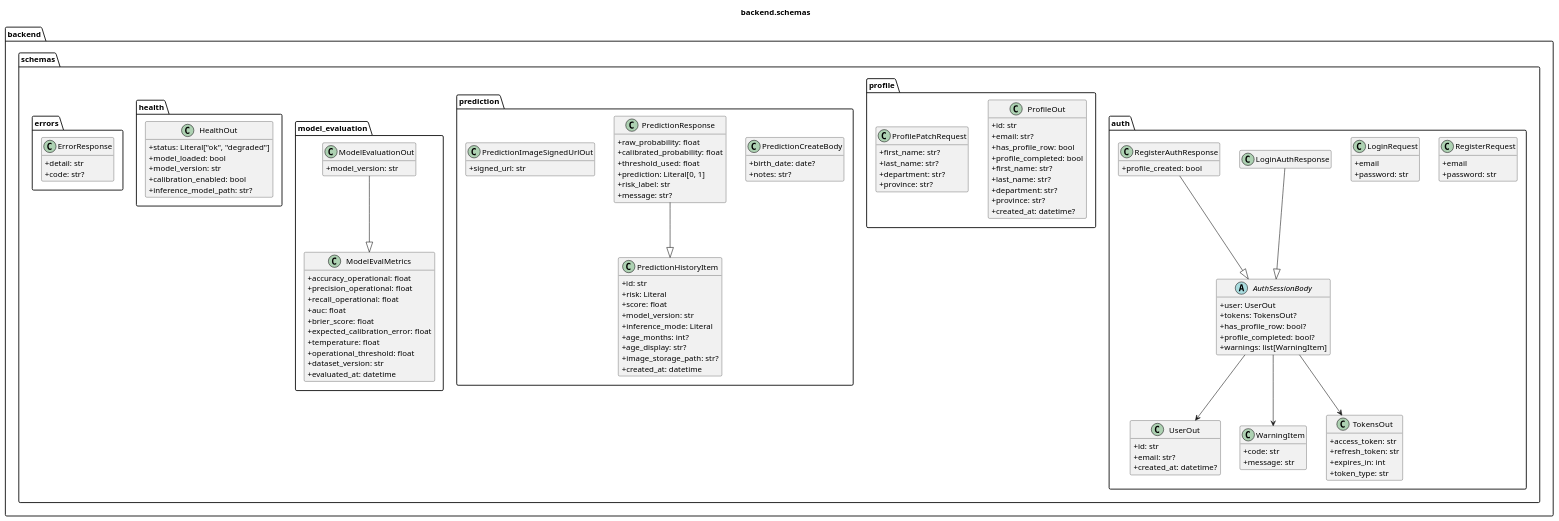
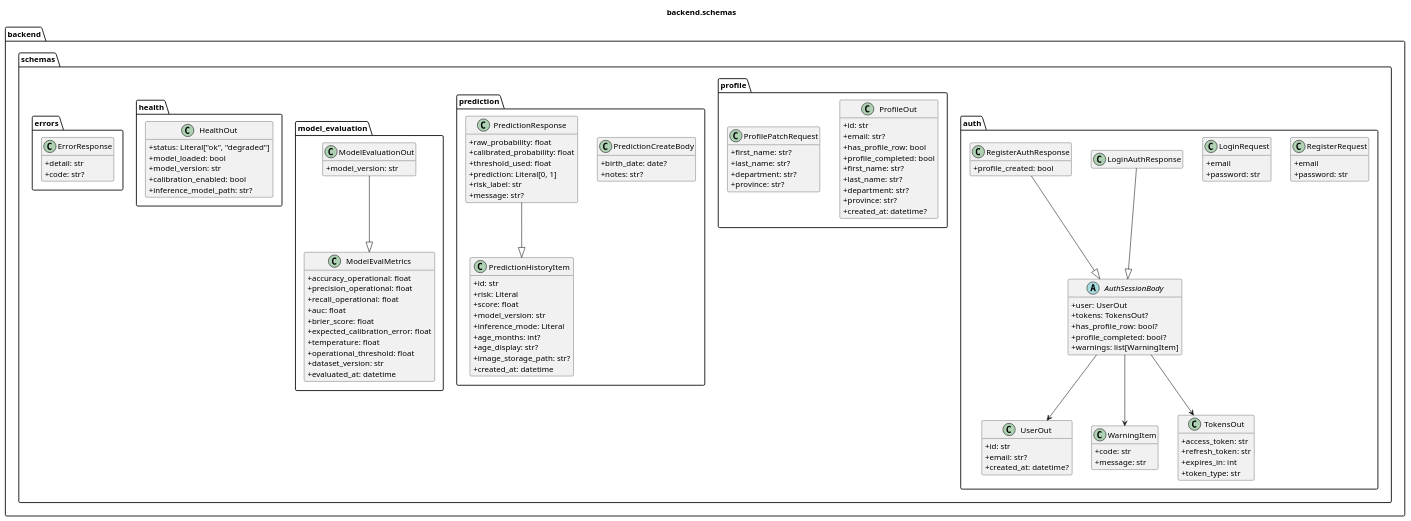
One commit to anemia-ai-lab/anemia-detection-backend changed the diagram in docs/architecture/code/schemas.puml. Above: the diagram before and after it, drawn with PlantUML. The commit also changed 16 other files, not shown here.

First line of the commit message:
refactor: streamline prediction API and remove deprecated image URL endpoint

```diff
--- a/docs/architecture/code/schemas.puml
+++ b/docs/architecture/code/schemas.puml
@@ -1,147 +1,144 @@
 @startuml schemas
 skinparam classAttributeIconSize 0
 hide empty members
 title backend.schemas
 
 package "backend.schemas.auth" {
   class RegisterRequest {
     +email
     +password: str
   }
 
   class LoginRequest {
     +email
     +password: str
   }
 
   class UserOut {
     +id: str
     +email: str?
     +created_at: datetime?
   }
 
   class WarningItem {
     +code: str
     +message: str
   }
 
   class TokensOut {
     +access_token: str
     +refresh_token: str
     +expires_in: int
     +token_type: str
   }
 
   abstract class AuthSessionBody {
     +user: UserOut
     +tokens: TokensOut?
     +has_profile_row: bool?
     +profile_completed: bool?
     +warnings: list[WarningItem]
   }
 
   class LoginAuthResponse
   class RegisterAuthResponse {
     +profile_created: bool
   }
 }
 
 package "backend.schemas.profile" {
   class ProfileOut {
     +id: str
     +email: str?
     +has_profile_row: bool
     +profile_completed: bool
     +first_name: str?
     +last_name: str?
     +department: str?
     +province: str?
     +created_at: datetime?
   }
 
   class ProfilePatchRequest {
     +first_name: str?
     +last_name: str?
     +department: str?
     +province: str?
   }
 }
 
 package "backend.schemas.prediction" {
   class PredictionCreateBody {
     +birth_date: date?
     +notes: str?
   }
 
   class PredictionHistoryItem {
     +id: str
     +risk: Literal
     +score: float
     +model_version: str
     +inference_mode: Literal
     +age_months: int?
     +age_display: str?
     +image_storage_path: str?
     +created_at: datetime
   }
 
   class PredictionResponse {
     +raw_probability: float
     +calibrated_probability: float
     +threshold_used: float
     +prediction: Literal[0, 1]
     +risk_label: str
     +message: str?
   }
 
-  class PredictionImageSignedUrlOut {
-    +signed_url: str
-  }
 }
 
 package "backend.schemas.model_evaluation" {
   class ModelEvalMetrics {
     +accuracy_operational: float
     +precision_operational: float
     +recall_operational: float
     +auc: float
     +brier_score: float
     +expected_calibration_error: float
     +temperature: float
     +operational_threshold: float
     +dataset_version: str
     +evaluated_at: datetime
   }
 
   class ModelEvaluationOut {
     +model_version: str
   }
 }
 
 package "backend.schemas.health" {
   class HealthOut {
     +status: Literal["ok", "degraded"]
     +model_loaded: bool
     +model_version: str
     +calibration_enabled: bool
     +inference_model_path: str?
   }
 }
 
 package "backend.schemas.errors" {
   class ErrorResponse {
     +detail: str
     +code: str?
   }
 }
 
 LoginAuthResponse --|> AuthSessionBody
 RegisterAuthResponse --|> AuthSessionBody
 AuthSessionBody --> UserOut
 AuthSessionBody --> TokensOut
 AuthSessionBody --> WarningItem
 
 PredictionResponse --|> PredictionHistoryItem
 ModelEvaluationOut --|> ModelEvalMetrics
 
 @enduml
```
